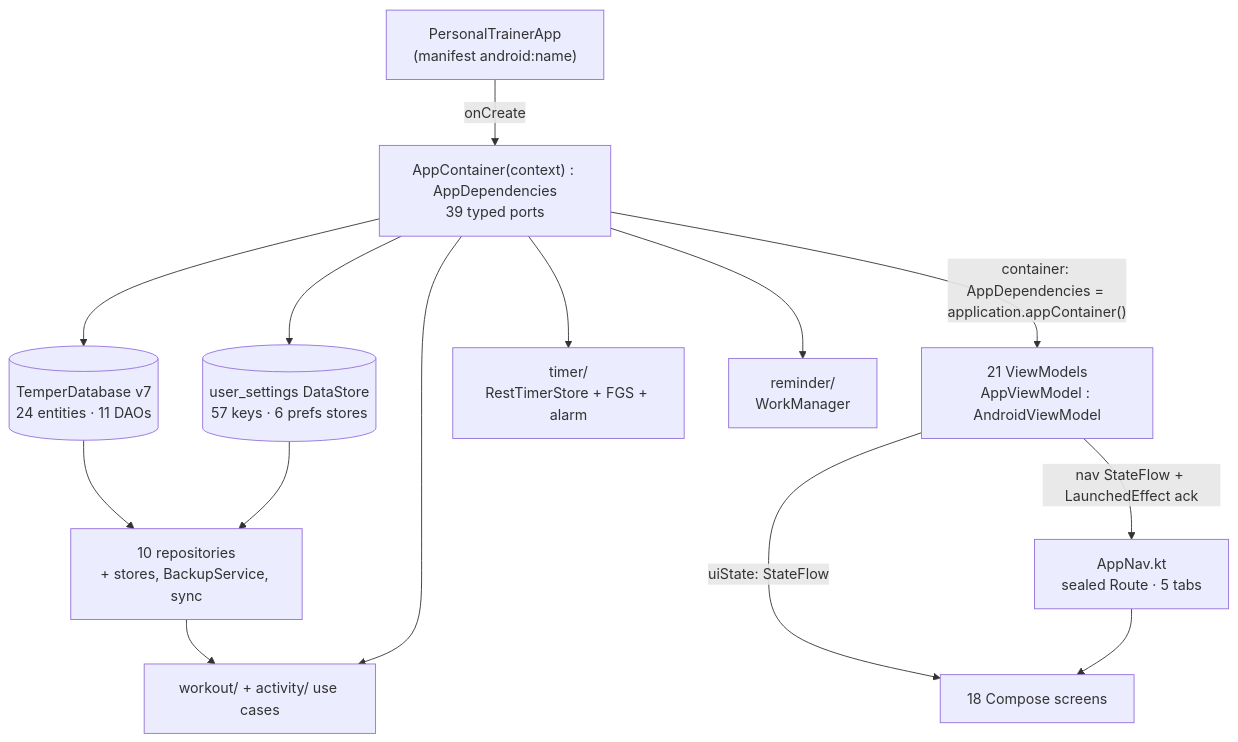
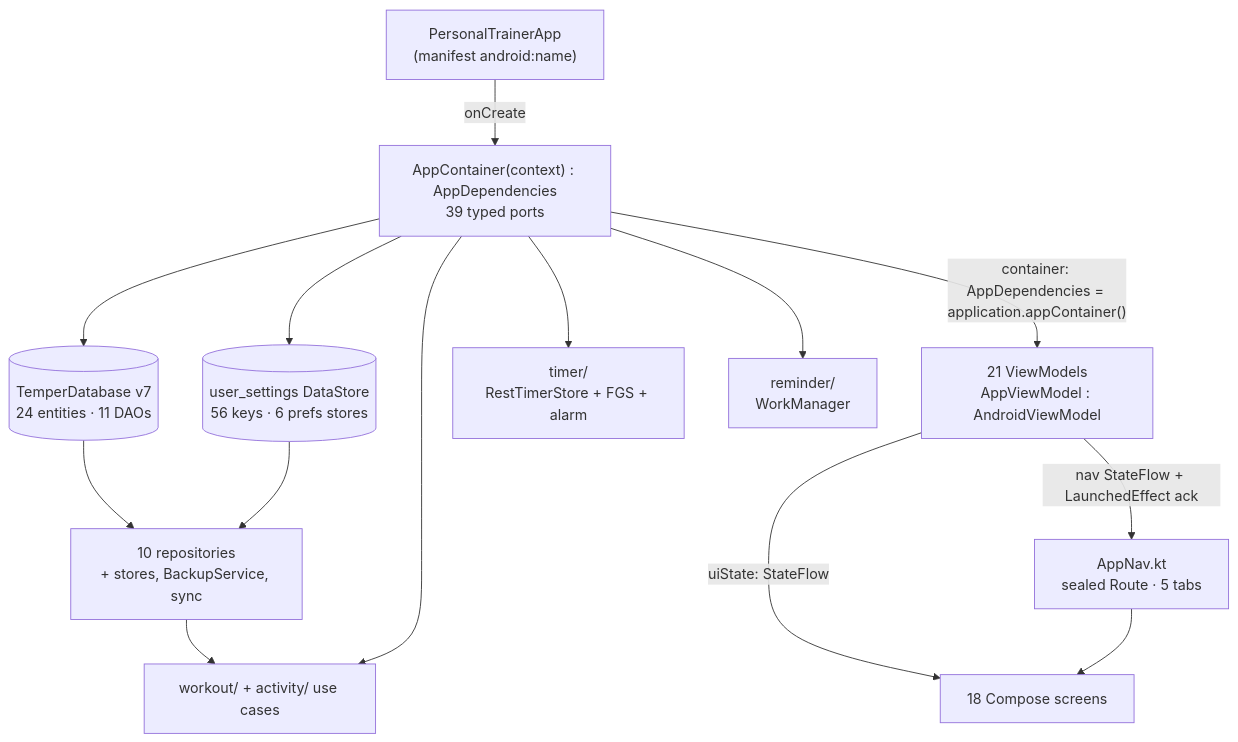
Before and after one commit to sinura7/PersonalTrainer: the diagram in docs/architecture/CURRENT_STRUCTURE.md, drawn with Mermaid. The commit also changed other lines of this file and 10 other files, not shown here.

````diff
--- a/docs/architecture/CURRENT_STRUCTURE.md
+++ b/docs/architecture/CURRENT_STRUCTURE.md
@@ -74,28 +74,28 @@
 ```mermaid
 flowchart TB
     PTA["PersonalTrainerApp<br/>(manifest android:name)"]
     AC["AppContainer(context) : AppDependencies<br/>39 typed ports"]
     DB[("TemperDatabase v7<br/>24 entities · 11 DAOs")]
-    PREFS[("user_settings DataStore<br/>57 keys · 6 prefs stores")]
+    PREFS[("user_settings DataStore<br/>56 keys · 6 prefs stores")]
     REPOS["10 repositories<br/>+ stores, BackupService, sync"]
     UC["workout/ + activity/ use cases"]
     VMS["21 ViewModels<br/>AppViewModel : AndroidViewModel"]
     NAV["AppNav.kt<br/>sealed Route · 5 tabs"]
     SCR["18 Compose screens"]
     TIM["timer/<br/>RestTimerStore + FGS + alarm"]
     REM["reminder/<br/>WorkManager"]
 
     PTA -->|onCreate| AC
     AC --> DB
     AC --> PREFS
     DB --> REPOS
     PREFS --> REPOS
     REPOS --> UC
     AC --> UC
     AC --> TIM
     AC --> REM
     AC -->|"container: AppDependencies = application.appContainer()"| VMS
     VMS -->|"uiState: StateFlow"| SCR
     VMS -->|"nav StateFlow + LaunchedEffect ack"| NAV
     NAV --> SCR
 ```
````
